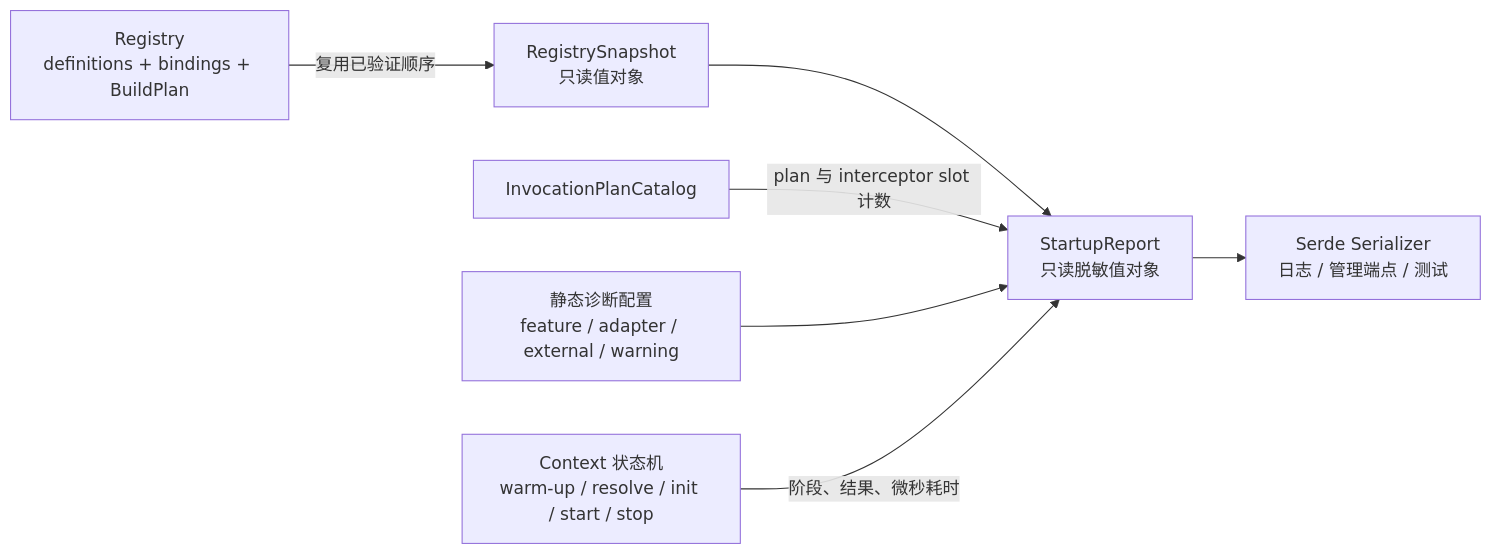
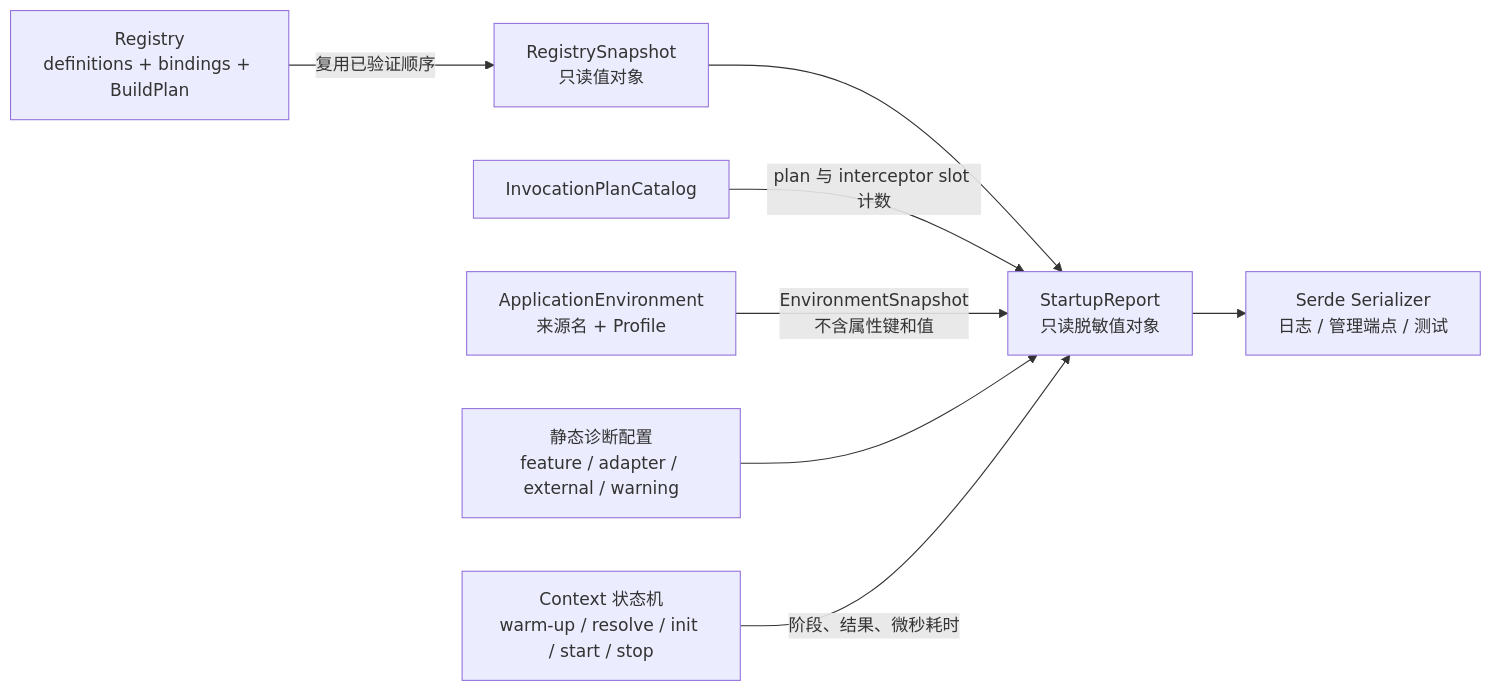
Before and after one commit to easy-4-rust/vernal: diagram 18 of 18 in docs/Vernal-Architecture.zh_CN.md, drawn with Mermaid. The commit also changed other lines of this file and 17 other files, not shown here.

Commit message:
feat(context): add application environment

````diff
--- a/docs/Vernal-Architecture.zh_CN.md
+++ b/docs/Vernal-Architecture.zh_CN.md
@@ -942,17 +987,19 @@
 ```mermaid
 flowchart LR
     Registry["Registry<br/>definitions + bindings + BuildPlan"]
     Catalog["InvocationPlanCatalog"]
+    Environment["ApplicationEnvironment<br/>来源名 + Profile"]
     Static["静态诊断配置<br/>feature / adapter / external / warning"]
     Lifecycle["Context 状态机<br/>warm-up / resolve / init / start / stop"]
     Snapshot["RegistrySnapshot<br/>只读值对象"]
     Report["StartupReport<br/>只读脱敏值对象"]
     Output["Serde Serializer<br/>日志 / 管理端点 / 测试"]
 
     Registry -->|"复用已验证顺序"| Snapshot
     Snapshot --> Report
     Catalog -->|"plan 与 interceptor slot 计数"| Report
+    Environment -->|"EnvironmentSnapshot<br/>不含属性键和值"| Report
     Static --> Report
     Lifecycle -->|"阶段、结果、微秒耗时"| Report
     Report --> Output
 ```
````
